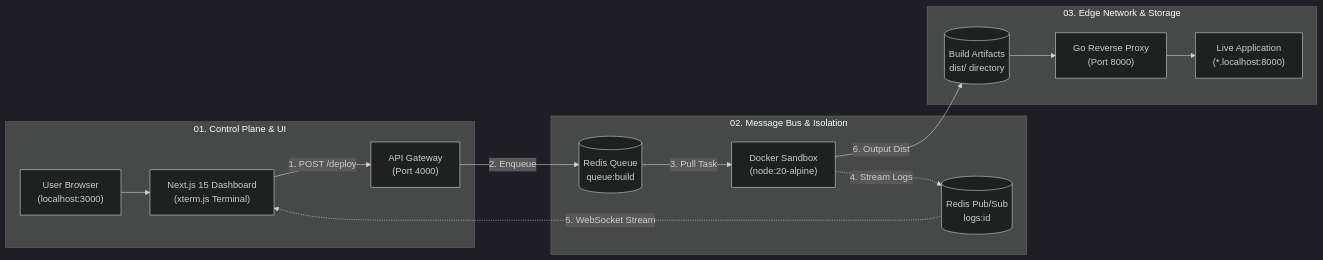
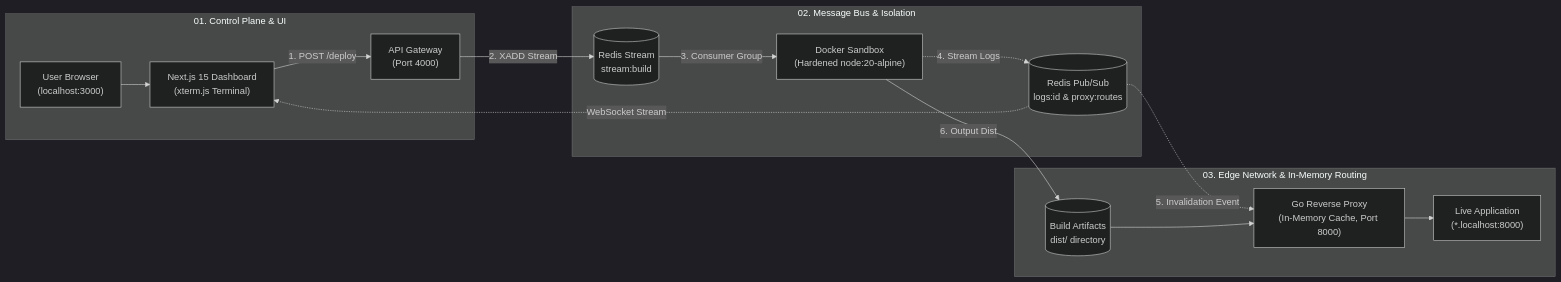
Before and after one commit to gxmngi/stratus-cloud: the diagram in README.md, drawn with Mermaid (dark theme). The commit also changed other lines of this file, not shown here.

Commit message:
docs: update system architecture and resilience specifications (#19)

````diff
--- a/README.md
+++ b/README.md
@@ -55,30 +57,31 @@
 ```mermaid
 flowchart LR
     subgraph UI ["01. Control Plane & UI"]
         Dev["User Browser<br/>(localhost:3000)"]
         Dash["Next.js 15 Dashboard<br/>(xterm.js Terminal)"]
         API["API Gateway<br/>(Port 4000)"]
         Dev --> Dash
         Dash -->|"1. POST /deploy"| API
     end
 
     subgraph Broker ["02. Message Bus & Isolation"]
-        RedisQueue[("Redis Queue<br/>queue:build")]
-        Docker["Docker Sandbox<br/>(node:20-alpine)"]
-        RedisPubSub[("Redis Pub/Sub<br/>logs:id")]
-        RedisQueue -->|"3. Pull Task"| Docker
+        RedisStream[("Redis Stream<br/>stream:build")]
+        Docker["Docker Sandbox<br/>(Hardened node:20-alpine)"]
+        RedisPubSub[("Redis Pub/Sub<br/>logs:id & proxy:routes")]
+        RedisStream -->|"3. Consumer Group"| Docker
         Docker -.->|"4. Stream Logs"| RedisPubSub
     end
 
-    subgraph Edge ["03. Edge Network & Storage"]
+    subgraph Edge ["03. Edge Network & In-Memory Routing"]
         Dist[("Build Artifacts<br/>dist/ directory")]
-        GoProxy["Go Reverse Proxy<br/>(Port 8000)"]
+        GoProxy["Go Reverse Proxy<br/>(In-Memory Cache, Port 8000)"]
         App["Live Application<br/>(*.localhost:8000)"]
+        RedisPubSub -.->|"5. Invalidation Event"| GoProxy
         Dist --> GoProxy
         GoProxy --> App
     end
 
-    API -->|"2. Enqueue"| RedisQueue
-    RedisPubSub -.->|"5. WebSocket Stream"| Dash
+    API -->|"2. XADD Stream"| RedisStream
+    RedisPubSub -.->|"WebSocket Stream"| Dash
     Docker -->|"6. Output Dist"| Dist
 ```
````
